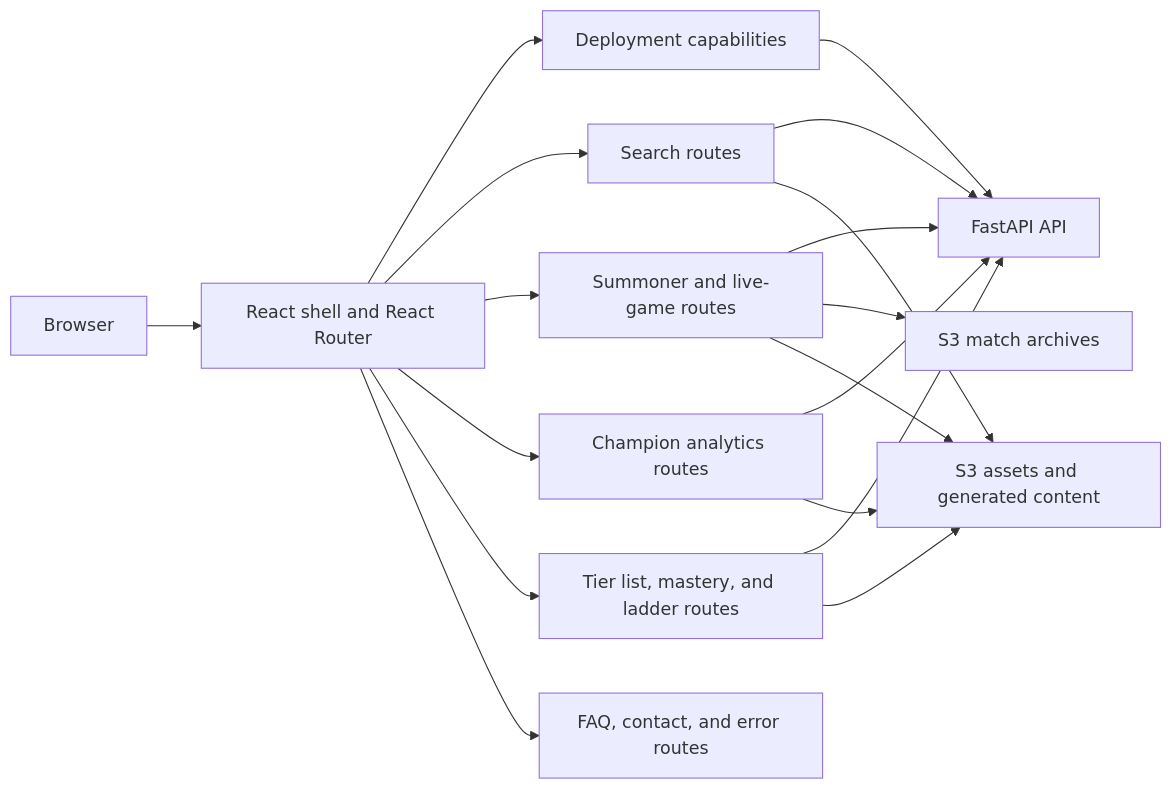
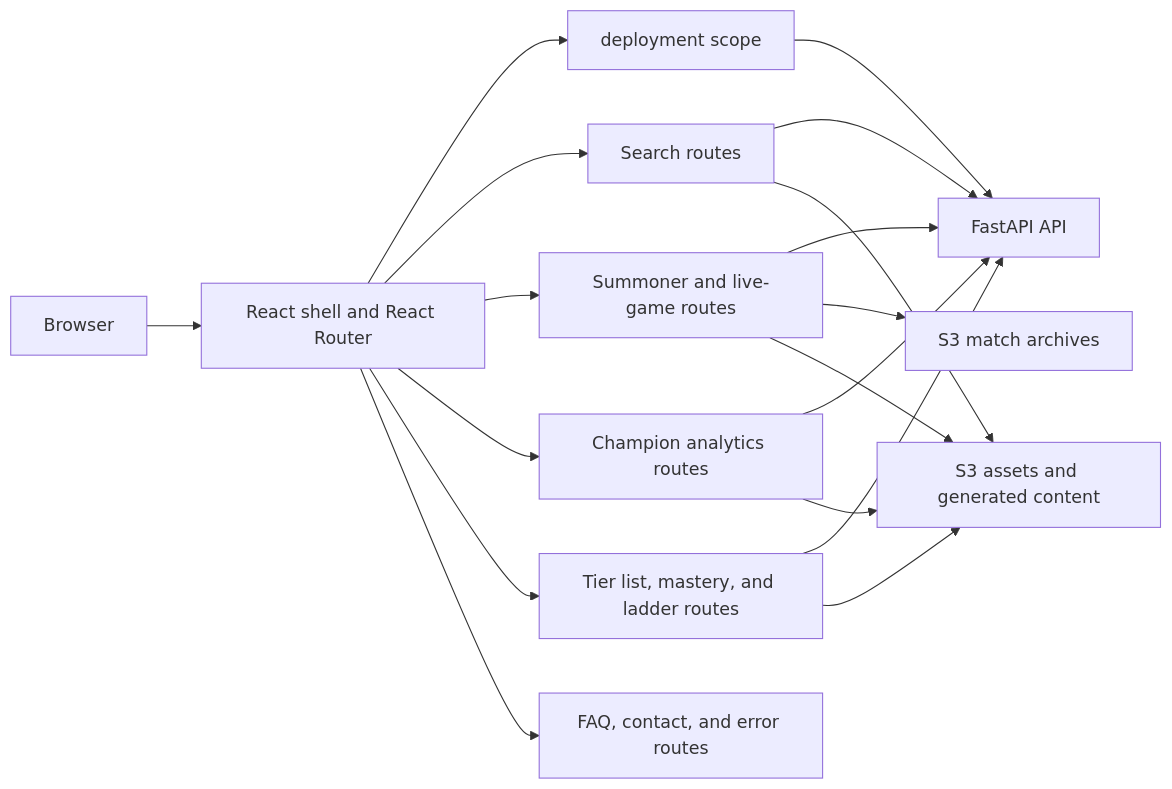
The first of 3 diagrams in docs/frontend-delivery.md (winrates-gg/wrgg-public-documentation), drawn with Mermaid before and after one commit.

Commit message:
Update deployment capabilities label in flowchart

````diff
--- a/docs/frontend-delivery.md
+++ b/docs/frontend-delivery.md
@@ -30,32 +30,32 @@
 ```mermaid
 flowchart LR
     Browser[Browser]
     Shell[React shell and React Router]
-    Capabilities[Deployment capabilities]
+    Capabilities[deployment scope]
     Search[Search routes]
     Profiles[Summoner and live-game routes]
     Analytics[Champion analytics routes]
     Rankings[Tier list, mastery, and ladder routes]
     Static[FAQ, contact, and error routes]
     API[FastAPI API]
     Archives[S3 match archives]
     Content[S3 assets and generated content]
 
     Browser --> Shell
     Shell --> Capabilities
     Shell --> Search
     Shell --> Profiles
     Shell --> Analytics
     Shell --> Rankings
     Shell --> Static
     Capabilities --> API
     Search --> API
     Profiles --> API
     Profiles --> Archives
     Analytics --> API
     Rankings --> API
     Search --> Content
     Profiles --> Content
     Analytics --> Content
     Rankings --> Content
 ```
````
